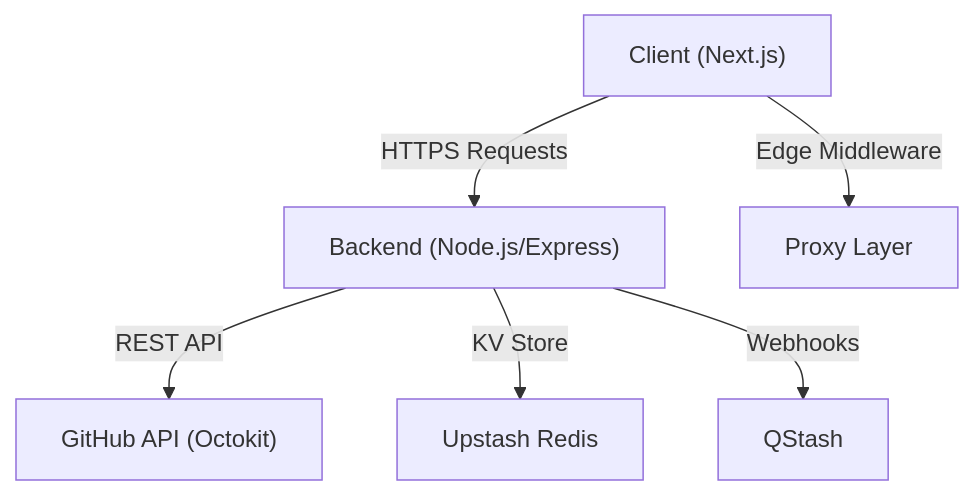
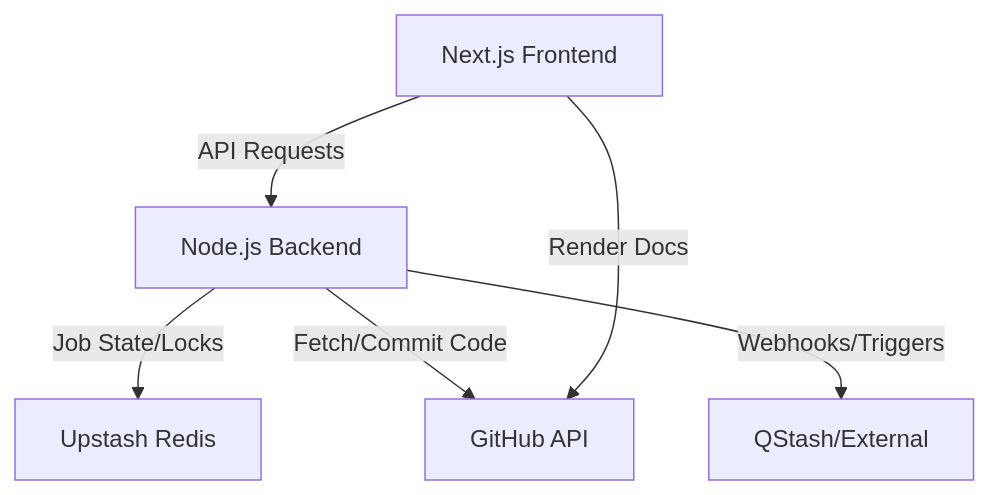
Before and after one commit to shinymacktest/gitdex-docs: the first of 2 diagrams in docs/shinymack/gitdex/2_system-architecture.mdx, drawn with Mermaid. The commit also changed other lines of this file and 16 other files, not shown here.

````diff
--- a/docs/shinymack/gitdex/2_system-architecture.mdx
+++ b/docs/shinymack/gitdex/2_system-architecture.mdx
@@ -14,8 +14,8 @@
 ```mermaid
 graph TD
-    C["Client (Next.js)"] -->|HTTPS Requests| B["Backend (Node.js/Express)"]
-    B -->|REST API| G["GitHub API (Octokit)"]
-    B -->|KV Store| R["Upstash Redis"]
-    B -->|Webhooks| Q["QStash"]
-    C -->|Edge Middleware| P["Proxy Layer"]
+    Client["Next.js Frontend"] -- "API Requests" --> Server["Node.js Backend"]
+    Server -- "Job State/Locks" --> Redis["Upstash Redis"]
+    Server -- "Fetch/Commit Code" --> GitHub["GitHub API"]
+    Server -- "Webhooks/Triggers" --> QStash["QStash/External"]
+    Client -- "Render Docs" --> GitHub
 ```
````
